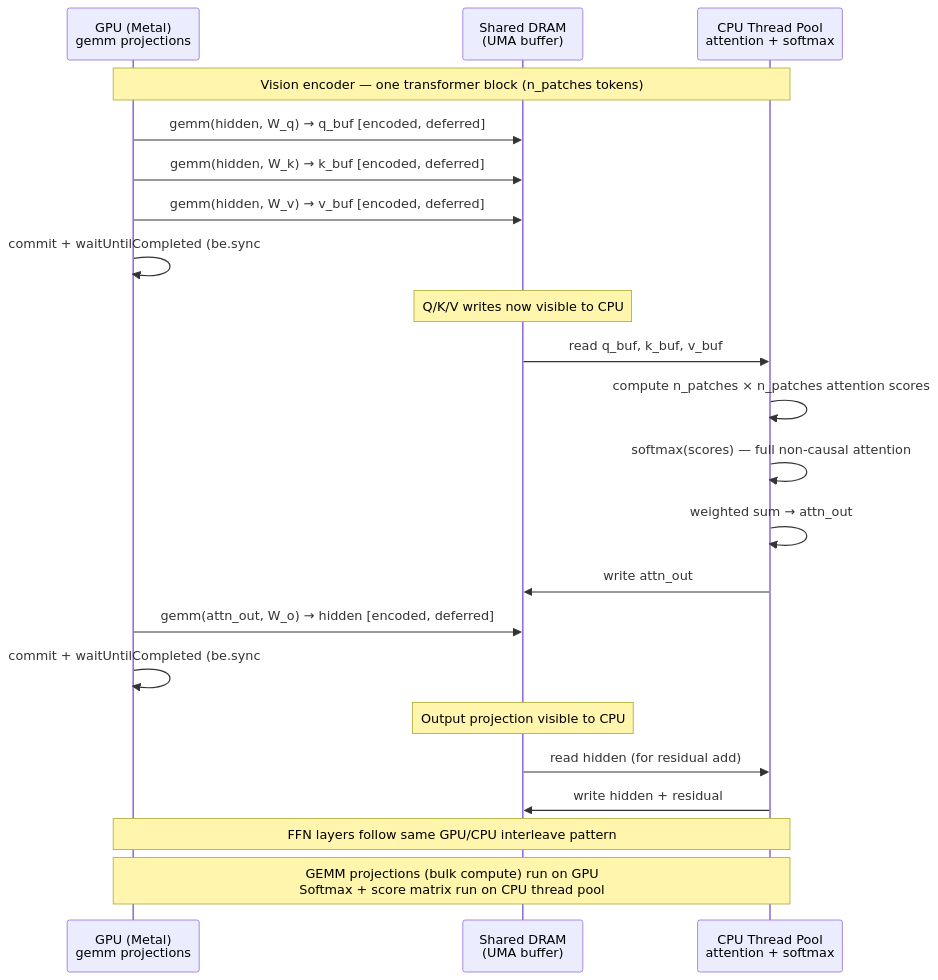
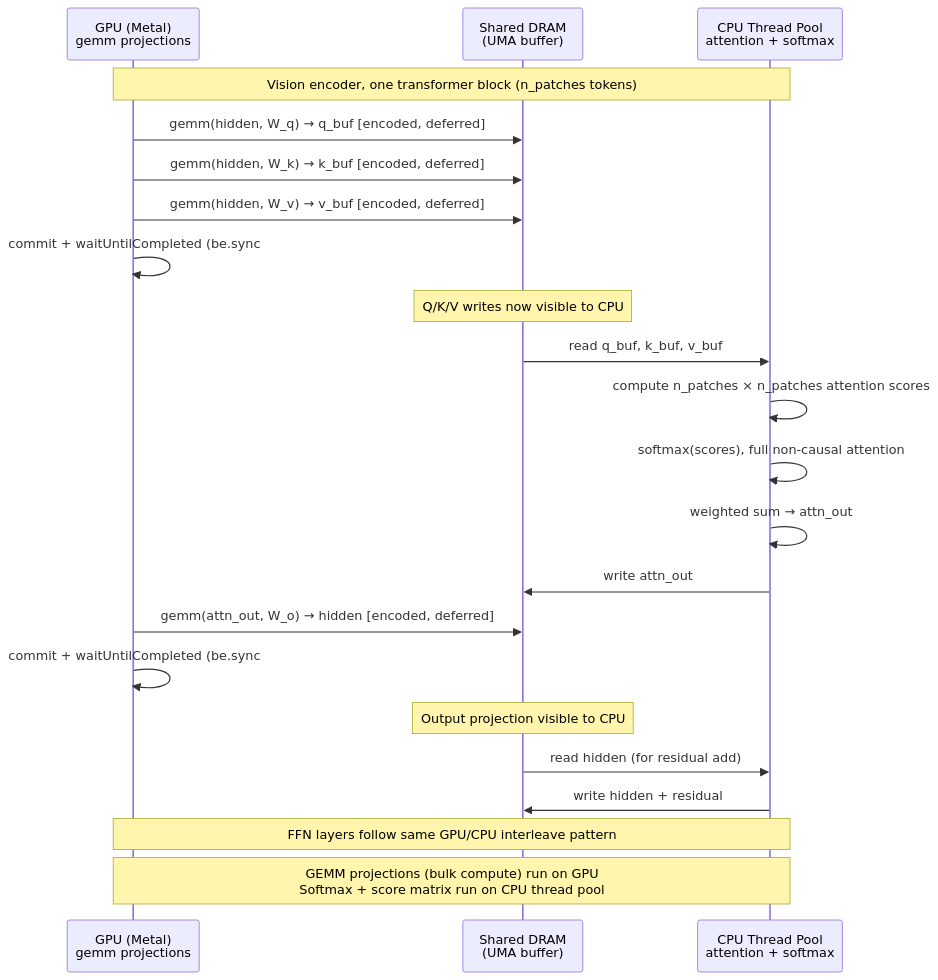
The eighth of 9 diagrams in docs/tutorial/11-metal-backend-internals.md (maci0/agave), drawn with Mermaid before and after one commit. The commit also changed other lines of this file and 196 other files, not shown here.

````diff
--- a/docs/tutorial/11-metal-backend-internals.md
+++ b/docs/tutorial/11-metal-backend-internals.md
@@ -616,30 +616,30 @@
 ```mermaid
 sequenceDiagram
     participant GPU as GPU (Metal)<br/>gemm projections
     participant UMA as Shared DRAM<br/>(UMA buffer)
     participant CPU as CPU Thread Pool<br/>attention + softmax
 
-    Note over GPU,CPU: Vision encoder — one transformer block (n_patches tokens)
+    Note over GPU,CPU: Vision encoder, one transformer block (n_patches tokens)
 
     GPU->>UMA: gemm(hidden, W_q) → q_buf [encoded, deferred]
     GPU->>UMA: gemm(hidden, W_k) → k_buf [encoded, deferred]
     GPU->>UMA: gemm(hidden, W_v) → v_buf [encoded, deferred]
     GPU->>GPU: commit + waitUntilCompleted (be.sync #1)
     Note over UMA: Q/K/V writes now visible to CPU
 
     UMA->>CPU: read q_buf, k_buf, v_buf
     CPU->>CPU: compute n_patches × n_patches attention scores
-    CPU->>CPU: softmax(scores) — full non-causal attention
+    CPU->>CPU: softmax(scores), full non-causal attention
     CPU->>CPU: weighted sum → attn_out
     CPU->>UMA: write attn_out
 
     GPU->>UMA: gemm(attn_out, W_o) → hidden [encoded, deferred]
     GPU->>GPU: commit + waitUntilCompleted (be.sync #2)
     Note over UMA: Output projection visible to CPU
 
     UMA->>CPU: read hidden (for residual add)
     CPU->>UMA: write hidden + residual
 
     Note over GPU,CPU: FFN layers follow same GPU/CPU interleave pattern
     Note over GPU,CPU: GEMM projections (bulk compute) run on GPU<br/>Softmax + score matrix run on CPU thread pool
 ```
````
